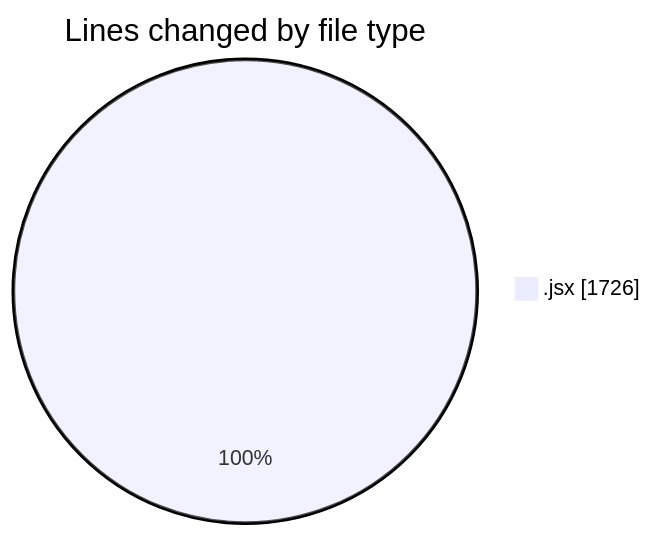
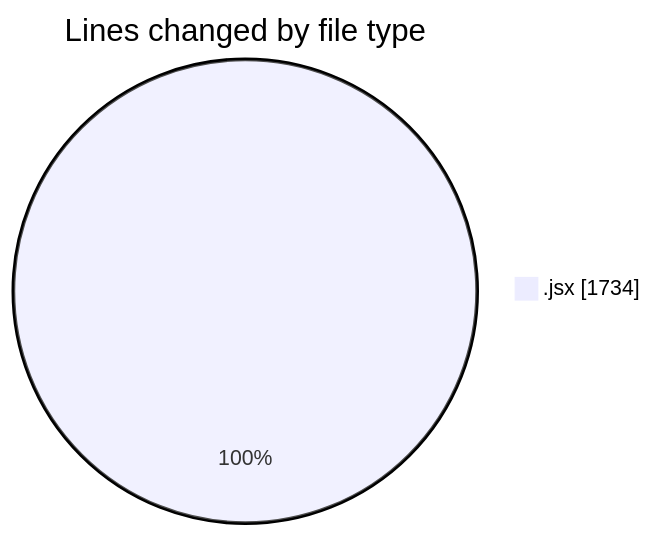
One commit to nxtqubesakshisongat/code-tracking changed the first of 2 diagrams in 2026-11-22/nashik-misal-queue/README.md. Above: the diagram before and after it, drawn with Mermaid. The commit also changed other lines of this file and 1 other file, not shown here.

````diff
--- a/2026-11-22/nashik-misal-queue/README.md
+++ b/2026-11-22/nashik-misal-queue/README.md
@@ -21,5 +21,5 @@
 ```mermaid
 pie showData
 title Lines changed by file type
-".jsx" : 1726
+".jsx" : 1734
 ```
````
